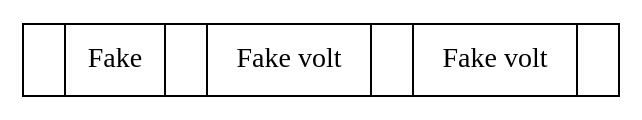
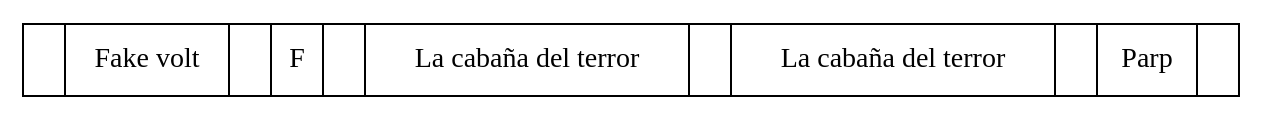
Before and after one commit to RoberttHernan/EDD_1S2020_PY2_201700870: the diagram in Proyecto2_EDD/graficas/arbolB.dot, drawn with Graphviz. The commit also changed 21 other files, not shown here.

```diff
--- a/Proyecto2_EDD/graficas/arbolB.dot
+++ b/Proyecto2_EDD/graficas/arbolB.dot
@@ -1,4 +1,4 @@
 digraph g { 
  node [shape=record];
-Nodo1311053135[label="<P0>|Fake |<P1>|Fake volt|<P2>|Fake volt|<P3>"];
+Nodo865113938[label="<P0>|Fake volt|<P1>|F |<P2>|La cabaña del terror |<P3>|La cabaña del terror |<P4>|Parp |<P5>"];
 }
```
